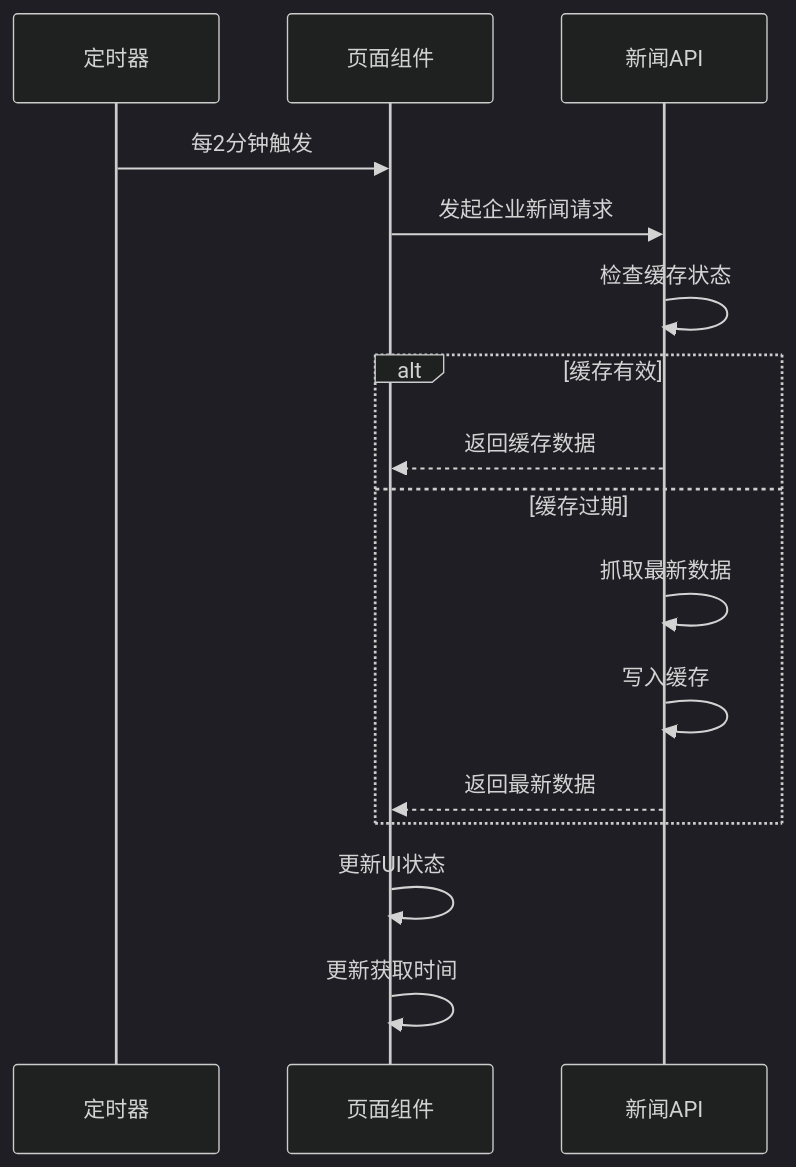
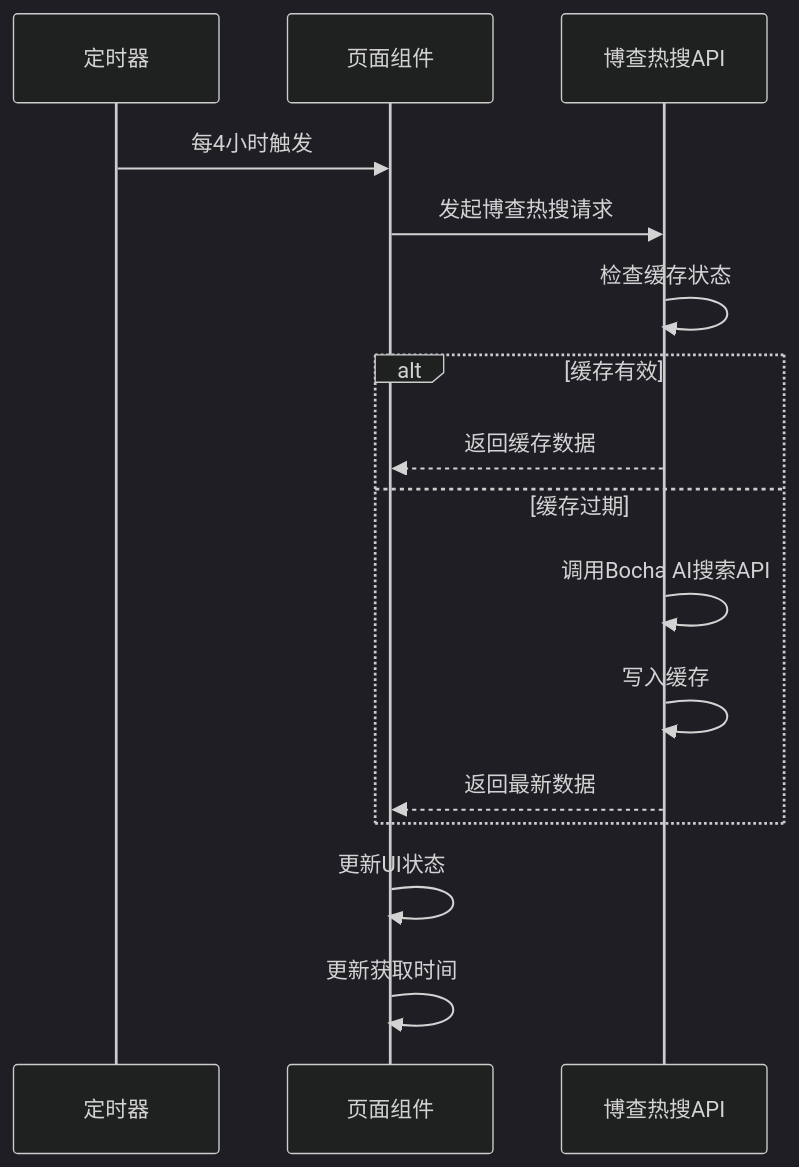
One commit to zuozuoliu740-cmd/xianxiong-news changed the fourth of 13 diagrams in .qoder/repowiki/zh/content/核心功能模块/新闻数据获取系统.md. Above: the diagram before and after it, drawn with Mermaid (dark theme). The commit also changed other lines of this file and 72 other files, not shown here.

````diff
--- a/.qoder/repowiki/zh/content/核心功能模块/新闻数据获取系统.md
+++ b/.qoder/repowiki/zh/content/核心功能模块/新闻数据获取系统.md
@@ -520,18 +260,18 @@
 ```mermaid
 sequenceDiagram
 participant Timer as 定时器
 participant Page as 页面组件
-participant API as 新闻API
-Timer->>Page : 每2分钟触发
-Page->>API : 发起企业新闻请求
+participant API as 博查热搜API
+Timer->>Page : 每4小时触发
+Page->>API : 发起博查热搜请求
 API->>API : 检查缓存状态
 alt 缓存有效
 API-->>Page : 返回缓存数据
 else 缓存过期
-API->>API : 抓取最新数据
+API->>API : 调用Bocha AI搜索API
 API->>API : 写入缓存
 API-->>Page : 返回最新数据
 end
 Page->>Page : 更新UI状态
 Page->>Page : 更新获取时间
 ```
````
